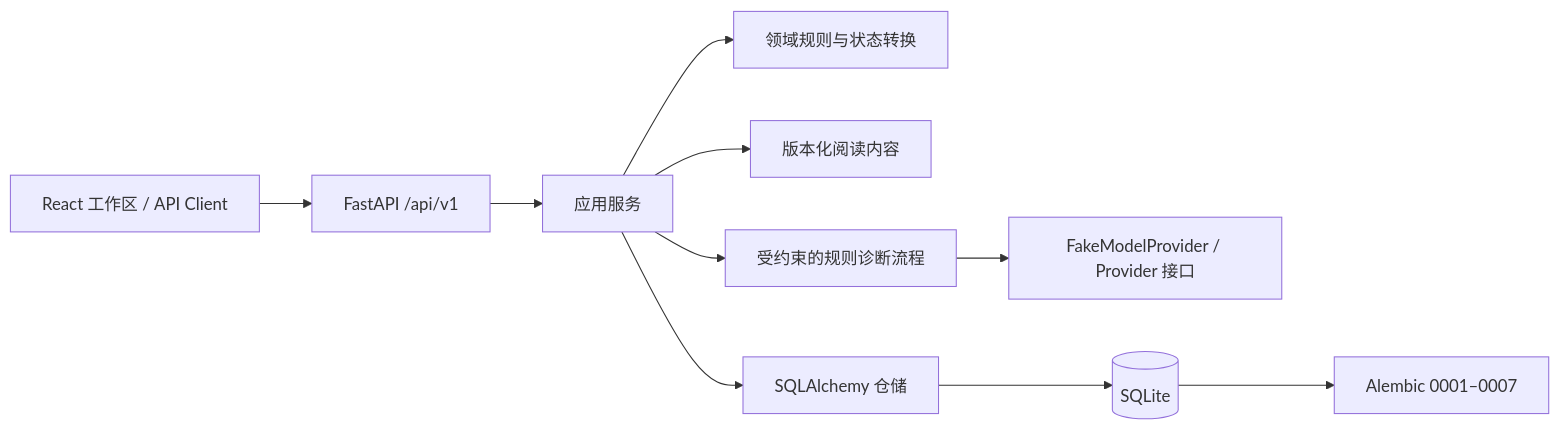
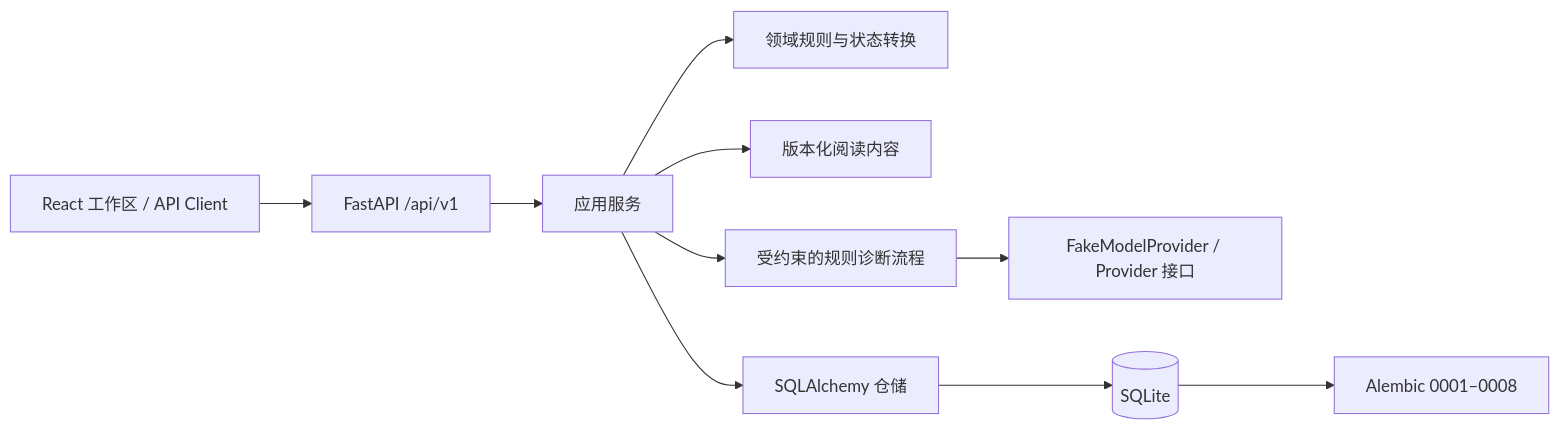
Before and after one commit to KaoruMiyagawa/UnlearnLoop: the diagram in docs/architecture/CURRENT_ARCHITECTURE.md, drawn with Mermaid. The commit also changed other lines of this file and 35 other files, not shown here.

````diff
--- a/docs/architecture/CURRENT_ARCHITECTURE.md
+++ b/docs/architecture/CURRENT_ARCHITECTURE.md
@@ -13,12 +13,12 @@
 ```mermaid
 flowchart LR
     UI[React 工作区 / API Client] --> API[FastAPI /api/v1]
     API --> APP[应用服务]
     APP --> DOMAIN[领域规则与状态转换]
     APP --> CONTENT[版本化阅读内容]
     APP --> AGENT[受约束的规则诊断流程]
     AGENT --> PROVIDER[FakeModelProvider / Provider 接口]
     APP --> REPO[SQLAlchemy 仓储]
     REPO --> DB[(SQLite)]
-    DB --> MIG[Alembic 0001–0007]
+    DB --> MIG[Alembic 0001–0008]
 ```
````
